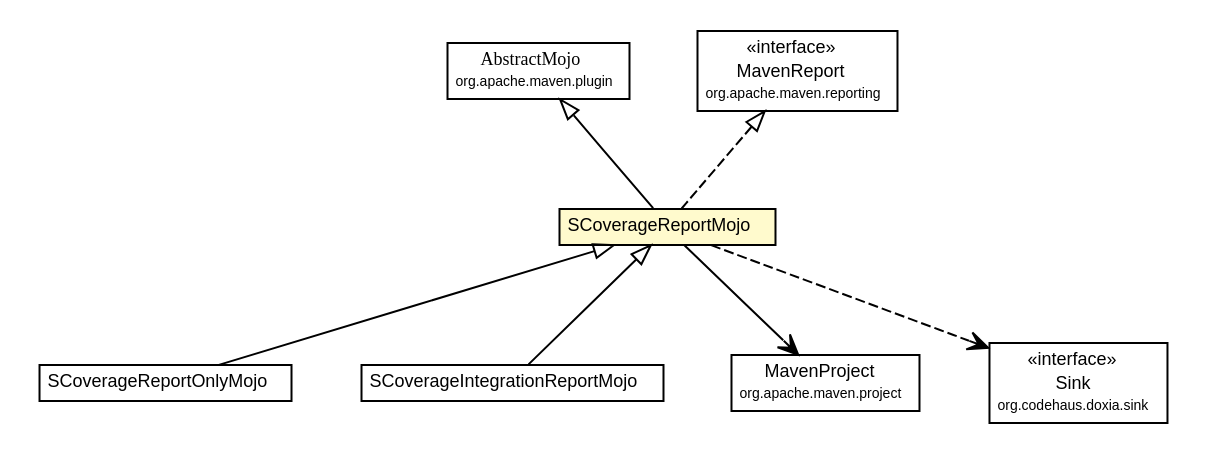
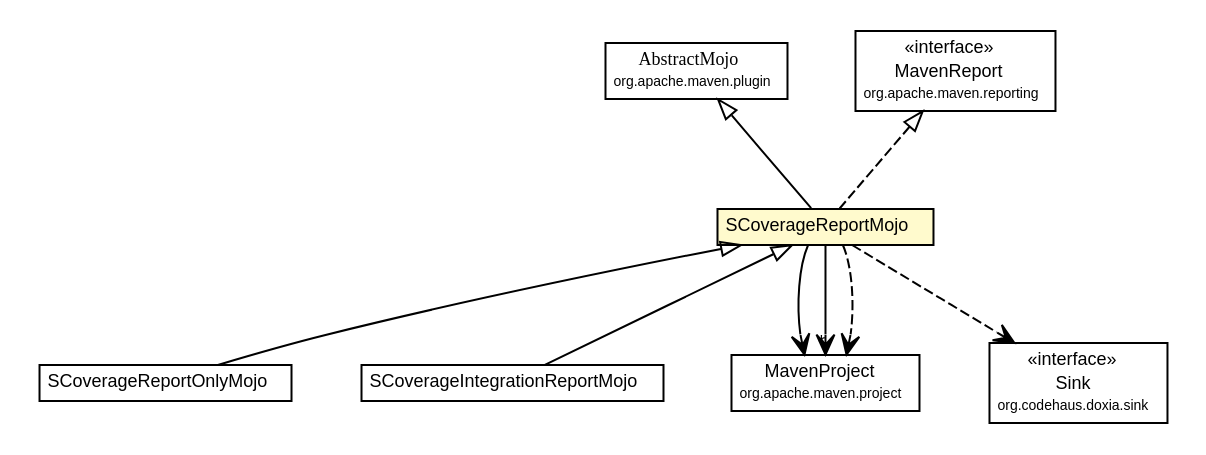
Before and after one commit to scoverage/scoverage-maven-plugin: the diagram in 1.1.0-SNAPSHOT/apidocs/org/scoverage/plugin/SCoverageReportMojo.dot, drawn with Graphviz. The commit also changed 61 other files, not shown here.

```diff
--- a/1.1.0-SNAPSHOT/apidocs/org/scoverage/plugin/SCoverageReportMojo.dot
+++ b/1.1.0-SNAPSHOT/apidocs/org/scoverage/plugin/SCoverageReportMojo.dot
@@ -1,72 +1,76 @@
 #!/usr/local/bin/dot
 #
 # Class diagram 
 # Generated by UMLGraph version R5_6-24-gf6e263 (http://www.umlgraph.org/)
 #
 
 digraph G {
 	edge [fontname="arial",fontsize=10,labelfontname="arial",labelfontsize=10];
 	node [fontname="arial",fontsize=10,shape=plaintext];
 	nodesep=0.25;
 	ranksep=0.5;
 	// org.scoverage.plugin.SCoverageReportOnlyMojo
-	c155 [label=<<table title="org.scoverage.plugin.SCoverageReportOnlyMojo" border="0" cellborder="1" cellspacing="0" cellpadding="2" port="p" href="./SCoverageReportOnlyMojo.html">
+	c154 [label=<<table title="org.scoverage.plugin.SCoverageReportOnlyMojo" border="0" cellborder="1" cellspacing="0" cellpadding="2" port="p" href="./SCoverageReportOnlyMojo.html">
 		<tr><td><table border="0" cellspacing="0" cellpadding="1">
 <tr><td align="center" balign="center"> SCoverageReportOnlyMojo </td></tr>
 		</table></td></tr>
 		</table>>, URL="./SCoverageReportOnlyMojo.html", fontname="arial", fontcolor="black", fontsize=9.0];
 	// org.scoverage.plugin.SCoverageReportMojo
-	c156 [label=<<table title="org.scoverage.plugin.SCoverageReportMojo" border="0" cellborder="1" cellspacing="0" cellpadding="2" port="p" bgcolor="lemonChiffon" href="./SCoverageReportMojo.html">
+	c155 [label=<<table title="org.scoverage.plugin.SCoverageReportMojo" border="0" cellborder="1" cellspacing="0" cellpadding="2" port="p" bgcolor="lemonChiffon" href="./SCoverageReportMojo.html">
 		<tr><td><table border="0" cellspacing="0" cellpadding="1">
 <tr><td align="center" balign="center"> SCoverageReportMojo </td></tr>
 		</table></td></tr>
 		</table>>, URL="./SCoverageReportMojo.html", fontname="arial", fontcolor="black", fontsize=9.0];
 	// org.scoverage.plugin.SCoverageIntegrationReportMojo
-	c159 [label=<<table title="org.scoverage.plugin.SCoverageIntegrationReportMojo" border="0" cellborder="1" cellspacing="0" cellpadding="2" port="p" href="./SCoverageIntegrationReportMojo.html">
+	c158 [label=<<table title="org.scoverage.plugin.SCoverageIntegrationReportMojo" border="0" cellborder="1" cellspacing="0" cellpadding="2" port="p" href="./SCoverageIntegrationReportMojo.html">
 		<tr><td><table border="0" cellspacing="0" cellpadding="1">
 <tr><td align="center" balign="center"> SCoverageIntegrationReportMojo </td></tr>
 		</table></td></tr>
 		</table>>, URL="./SCoverageIntegrationReportMojo.html", fontname="arial", fontcolor="black", fontsize=9.0];
 	//org.scoverage.plugin.SCoverageReportOnlyMojo extends org.scoverage.plugin.SCoverageReportMojo
-	c156:p -> c155:p [dir=back,arrowtail=empty];
+	c155:p -> c154:p [dir=back,arrowtail=empty];
 	//org.scoverage.plugin.SCoverageReportMojo extends org.apache.maven.plugin.AbstractMojo
-	c163:p -> c156:p [dir=back,arrowtail=empty];
+	c162:p -> c155:p [dir=back,arrowtail=empty];
 	//org.scoverage.plugin.SCoverageReportMojo implements org.apache.maven.reporting.MavenReport
-	c164:p -> c156:p [dir=back,arrowtail=empty,style=dashed];
+	c163:p -> c155:p [dir=back,arrowtail=empty,style=dashed];
 	//org.scoverage.plugin.SCoverageIntegrationReportMojo extends org.scoverage.plugin.SCoverageReportMojo
-	c156:p -> c159:p [dir=back,arrowtail=empty];
+	c155:p -> c158:p [dir=back,arrowtail=empty];
 	// org.scoverage.plugin.SCoverageReportMojo NAVASSOC org.apache.maven.project.MavenProject
-	c156:p -> c165:p [taillabel="", label="", headlabel="", fontname="arial", fontcolor="black", fontsize=10.0, color="black", arrowhead=open];
+	c155:p -> c164:p [taillabel="", label="", headlabel="", fontname="arial", fontcolor="black", fontsize=10.0, color="black", arrowhead=open];
+	// org.scoverage.plugin.SCoverageReportMojo NAVASSOC org.apache.maven.project.MavenProject
+	c155:p -> c164:p [taillabel="", label="", headlabel="*", fontname="arial", fontcolor="black", fontsize=10.0, color="black", arrowhead=open];
 	// org.scoverage.plugin.SCoverageReportMojo DEPEND org.codehaus.doxia.sink.Sink
-	c156:p -> c166:p [taillabel="", label="", headlabel="", fontname="arial", fontcolor="black", fontsize=10.0, color="black", arrowhead=open, style=dashed];
+	c155:p -> c165:p [taillabel="", label="", headlabel="", fontname="arial", fontcolor="black", fontsize=10.0, color="black", arrowhead=open, style=dashed];
+	// org.scoverage.plugin.SCoverageReportMojo DEPEND org.apache.maven.project.MavenProject
+	c155:p -> c164:p [taillabel="", label="", headlabel="", fontname="arial", fontcolor="black", fontsize=10.0, color="black", arrowhead=open, style=dashed];
 	// org.apache.maven.plugin.AbstractMojo
-	c163 [label=<<table title="org.apache.maven.plugin.AbstractMojo" border="0" cellborder="1" cellspacing="0" cellpadding="2" port="p" href="http://maven.apache.org/ref/2.2.1/maven-plugin-api/apidocs/org/apache/maven/plugin/AbstractMojo.html">
+	c162 [label=<<table title="org.apache.maven.plugin.AbstractMojo" border="0" cellborder="1" cellspacing="0" cellpadding="2" port="p" href="http://maven.apache.org/ref/2.2.1/maven-plugin-api/apidocs/org/apache/maven/plugin/AbstractMojo.html">
 		<tr><td><table border="0" cellspacing="0" cellpadding="1">
 <tr><td align="center" balign="center"><font face="arial italic"> AbstractMojo </font></td></tr>
 <tr><td align="center" balign="center"><font point-size="7.0"> org.apache.maven.plugin </font></td></tr>
 		</table></td></tr>
 		</table>>, URL="http://maven.apache.org/ref/2.2.1/maven-plugin-api/apidocs/org/apache/maven/plugin/AbstractMojo.html", fontname="arial", fontcolor="black", fontsize=9.0];
 	// org.apache.maven.project.MavenProject
-	c165 [label=<<table title="org.apache.maven.project.MavenProject" border="0" cellborder="1" cellspacing="0" cellpadding="2" port="p">
+	c164 [label=<<table title="org.apache.maven.project.MavenProject" border="0" cellborder="1" cellspacing="0" cellpadding="2" port="p">
 		<tr><td><table border="0" cellspacing="0" cellpadding="1">
 <tr><td align="center" balign="center"> MavenProject </td></tr>
 <tr><td align="center" balign="center"><font point-size="7.0"> org.apache.maven.project </font></td></tr>
 		</table></td></tr>
 		</table>>, URL="null", fontname="arial", fontcolor="black", fontsize=9.0];
 	// org.apache.maven.reporting.MavenReport
-	c164 [label=<<table title="org.apache.maven.reporting.MavenReport" border="0" cellborder="1" cellspacing="0" cellpadding="2" port="p" href="http://maven.apache.org/ref/2.2.1/maven-reporting/maven-reporting-api/apidocs/org/apache/maven/reporting/MavenReport.html">
+	c163 [label=<<table title="org.apache.maven.reporting.MavenReport" border="0" cellborder="1" cellspacing="0" cellpadding="2" port="p" href="http://maven.apache.org/ref/2.2.1/maven-reporting/maven-reporting-api/apidocs/org/apache/maven/reporting/MavenReport.html">
 		<tr><td><table border="0" cellspacing="0" cellpadding="1">
 <tr><td align="center" balign="center"> &#171;interface&#187; </td></tr>
 <tr><td align="center" balign="center"> MavenReport </td></tr>
 <tr><td align="center" balign="center"><font point-size="7.0"> org.apache.maven.reporting </font></td></tr>
 		</table></td></tr>
 		</table>>, URL="http://maven.apache.org/ref/2.2.1/maven-reporting/maven-reporting-api/apidocs/org/apache/maven/reporting/MavenReport.html", fontname="arial", fontcolor="black", fontsize=9.0];
 	// org.codehaus.doxia.sink.Sink
-	c166 [label=<<table title="org.codehaus.doxia.sink.Sink" border="0" cellborder="1" cellspacing="0" cellpadding="2" port="p" href="http://maven.apache.org/doxia/doxia/apidocs/org/codehaus/doxia/sink/Sink.html">
+	c165 [label=<<table title="org.codehaus.doxia.sink.Sink" border="0" cellborder="1" cellspacing="0" cellpadding="2" port="p" href="http://maven.apache.org/doxia/doxia/apidocs/org/codehaus/doxia/sink/Sink.html">
 		<tr><td><table border="0" cellspacing="0" cellpadding="1">
 <tr><td align="center" balign="center"> &#171;interface&#187; </td></tr>
 <tr><td align="center" balign="center"> Sink </td></tr>
 <tr><td align="center" balign="center"><font point-size="7.0"> org.codehaus.doxia.sink </font></td></tr>
 		</table></td></tr>
 		</table>>, URL="http://maven.apache.org/doxia/doxia/apidocs/org/codehaus/doxia/sink/Sink.html", fontname="arial", fontcolor="black", fontsize=9.0];
 }
```
